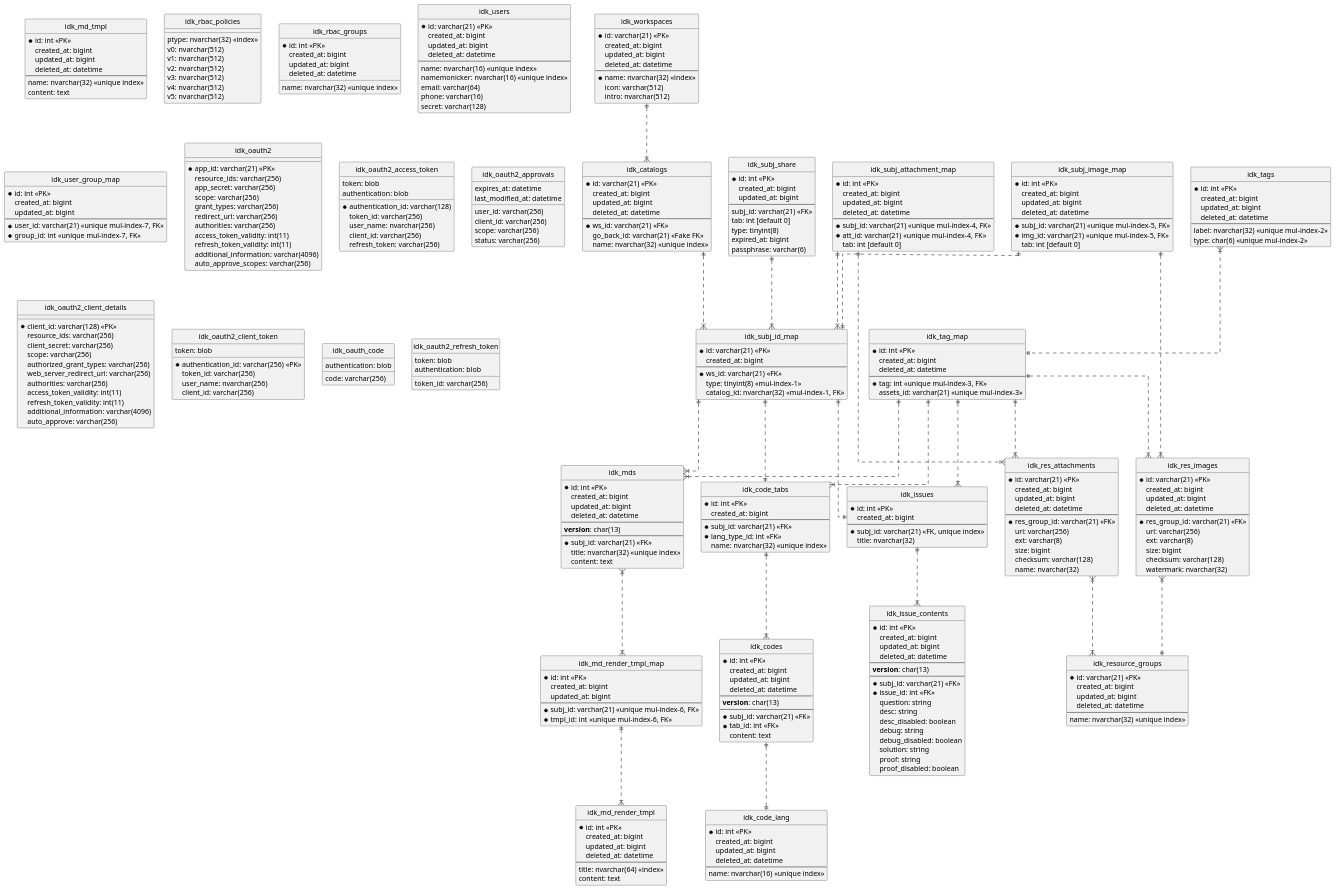
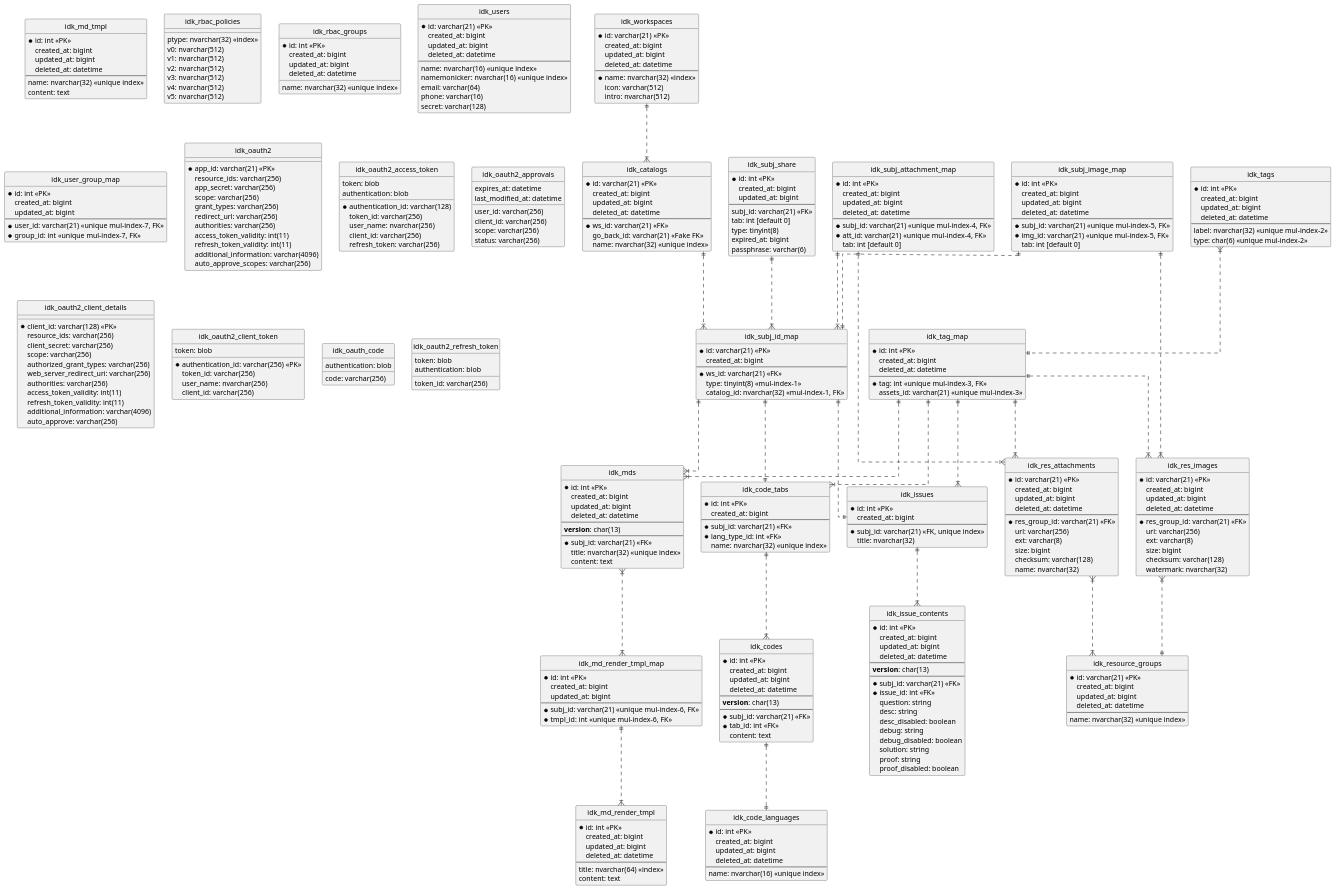
The diagram in docs/md/idk-doc-tbls-er.puml (benz9527/idk-doc), drawn with PlantUML before and after one commit. The commit also changed 1 other file, not shown here.

Commit message:
Renamed table name idk_code_lang to idk_code_languages and updated the er uml.

```diff
--- a/docs/md/idk-doc-tbls-er.puml
+++ b/docs/md/idk-doc-tbls-er.puml
@@ -83,7 +83,7 @@
   content: text
 }
 
-entity "idk_code_lang" as lang {
+entity "idk_code_languages" as lang {
   * id: int <<PK>>
   created_at: bigint
   updated_at: bigint
```
